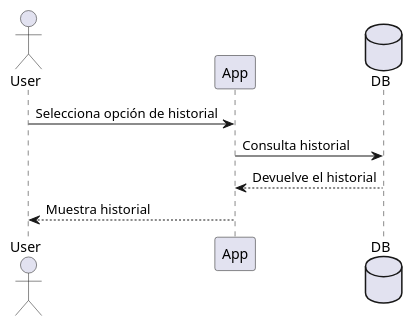
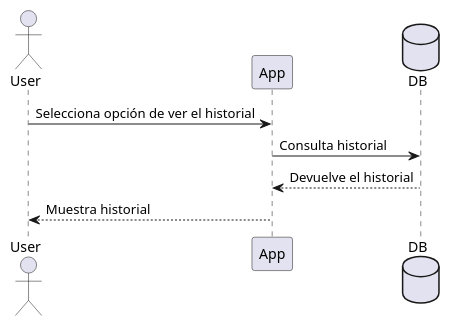
One commit to Arquisoft/wiq_es6b changed the fifth of 5 diagrams in docs/src/06_runtime_view.adoc. Above: the diagram before and after it, drawn with PlantUML. The commit also changed other lines of this file and 1 other file, not shown here.

```diff
--- a/docs/src/06_runtime_view.adoc
+++ b/docs/src/06_runtime_view.adoc
@@ -66,11 +79,11 @@
 [plantuml,"Sequence diagram",png]
 ----
 actor User
 participant App
 database DB
 
-User -> App: Selecciona opción de historial
+User -> App: Selecciona opción de ver el historial
 App -> DB: Consulta historial
 App <-- DB: Devuelve el historial
 User <-- App: Muestra historial
 ----
```
